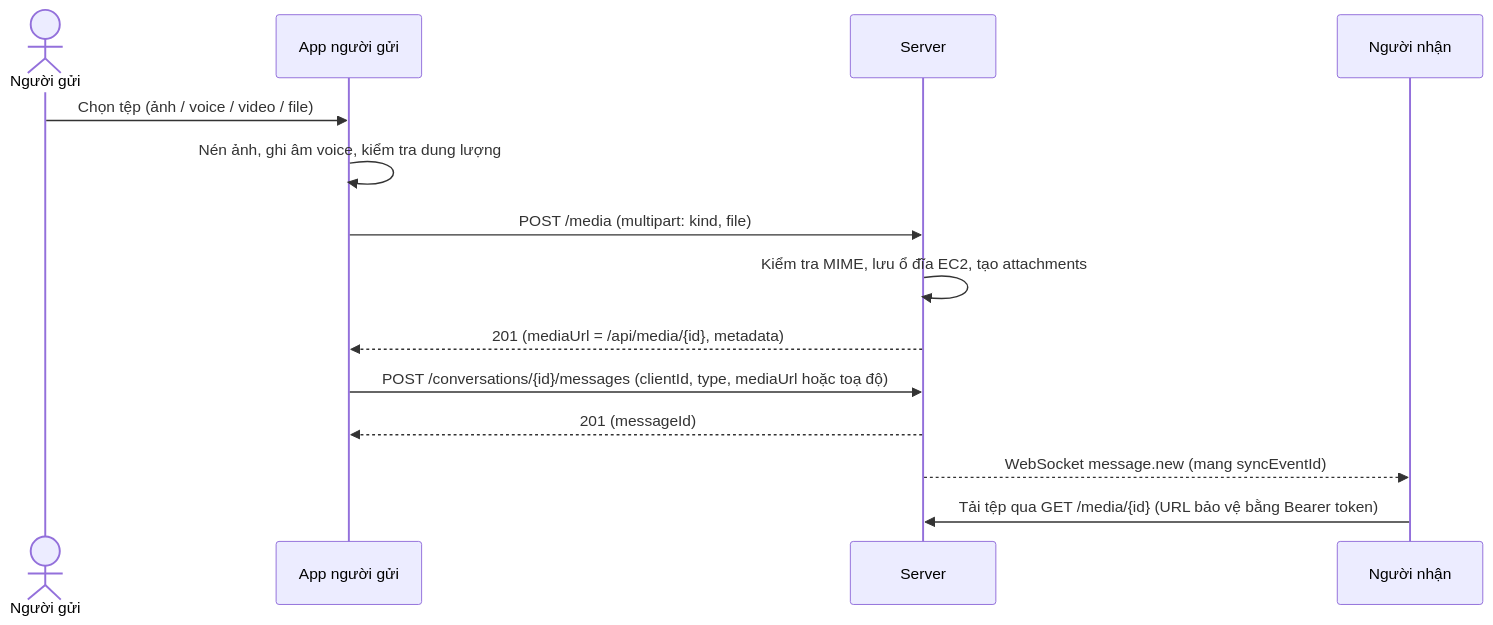
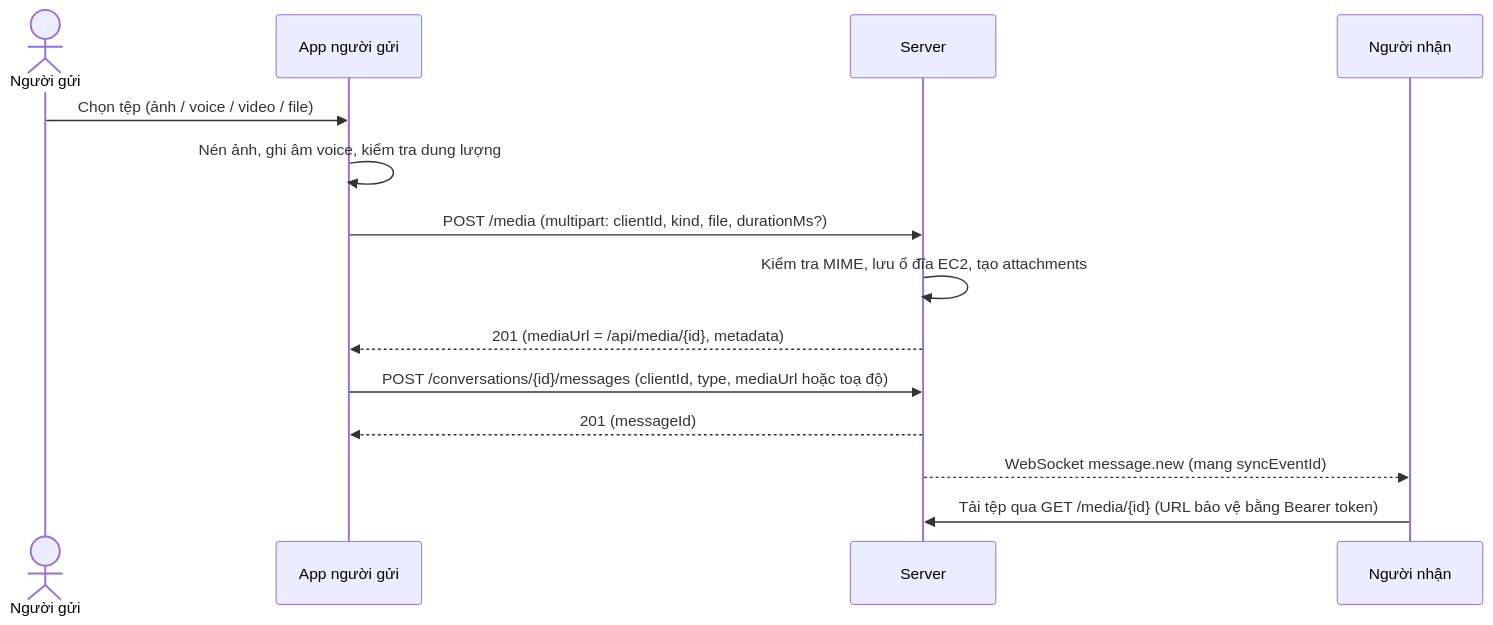
Before and after one commit to Project-Mobile-TEAM/Project_Mobile: the seventh of 10 diagrams in docs/FLOWS.md, drawn with Mermaid. The commit also changed other lines of this file and 56 other files, not shown here.

````diff
--- a/docs/FLOWS.md
+++ b/docs/FLOWS.md
@@ -300,16 +300,16 @@
 ```mermaid
 sequenceDiagram
     actor A as Người gửi
     participant App as App người gửi
     participant S as Server
     participant R as Người nhận
     A->>App: Chọn tệp (ảnh / voice / video / file)
     App->>App: Nén ảnh, ghi âm voice, kiểm tra dung lượng
-    App->>S: POST /media (multipart: kind, file)
+    App->>S: POST /media (multipart: clientId, kind, file, durationMs?)
     S->>S: Kiểm tra MIME, lưu ổ đĩa EC2, tạo attachments
     S-->>App: 201 (mediaUrl = /api/media/{id}, metadata)
     App->>S: POST /conversations/{id}/messages (clientId, type, mediaUrl hoặc toạ độ)
     S-->>App: 201 (messageId)
     S-->>R: WebSocket message.new (mang syncEventId)
     R->>S: Tải tệp qua GET /media/{id} (URL bảo vệ bằng Bearer token)
 ```
````
